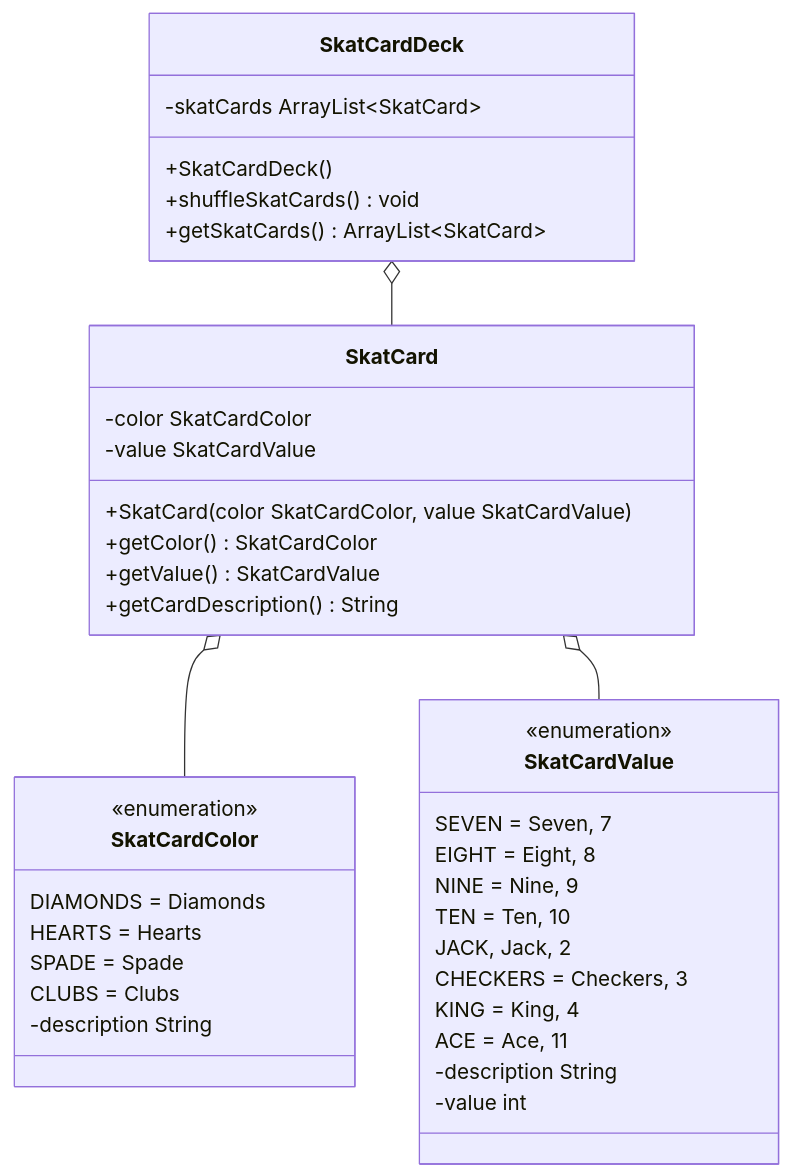
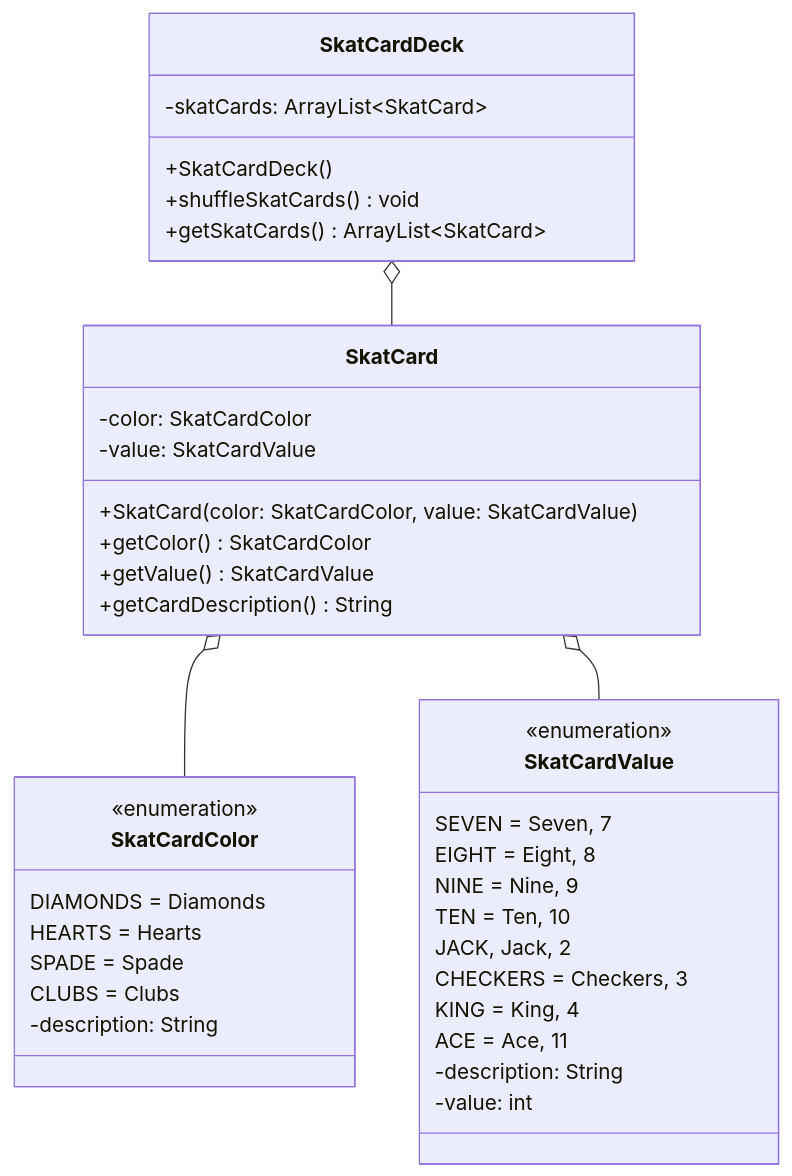
One commit to jappuccini/java-docs changed the diagram in docs/exercises/uml/class-diagrams05.mdx. Above: the diagram before and after it, drawn with Mermaid. The commit also changed other lines of this file and 76 other files, not shown here.

Commit message:
uml fixes (colons, properties), headline fixes (italic) and exam result updates

````diff
--- a/docs/exercises/uml/class-diagrams05.mdx
+++ b/docs/exercises/uml/class-diagrams05.mdx
@@ -15,45 +15,45 @@
 ```mermaid
 classDiagram
      SkatCard o-- SkatCardColor
      SkatCard o-- SkatCardValue
      SkatCardDeck o-- SkatCard
 
     class SkatCardValue {
         <<enumeration>>
         SEVEN = Seven, 7
         EIGHT = Eight, 8
         NINE = Nine, 9
         TEN = Ten, 10
         JACK, Jack, 2
         CHECKERS = Checkers, 3
         KING = King, 4
         ACE = Ace, 11
-        -description String
-        -value int
+        -description: String
+        -value: int
     }
 
     class SkatCardColor {
         <<enumeration>>
         DIAMONDS = Diamonds
         HEARTS = Hearts
         SPADE = Spade
         CLUBS = Clubs
-        -description String
+        -description: String
     }
 
     class SkatCard {
-        -color SkatCardColor
-        -value SkatCardValue
-        +SkatCard(color SkatCardColor, value SkatCardValue)
+        -color: SkatCardColor
+        -value: SkatCardValue
+        +SkatCard(color: SkatCardColor, value: SkatCardValue)
         +getColor() SkatCardColor
         +getValue() SkatCardValue
         +getCardDescription() String
     }
 
     class SkatCardDeck {
-        -skatCards ArrayList~SkatCard~
+        -skatCards: ArrayList~SkatCard~
         +SkatCardDeck()
         +shuffleSkatCards() void
         +getSkatCards() ArrayList~SkatCard~
     }
 ```
````
